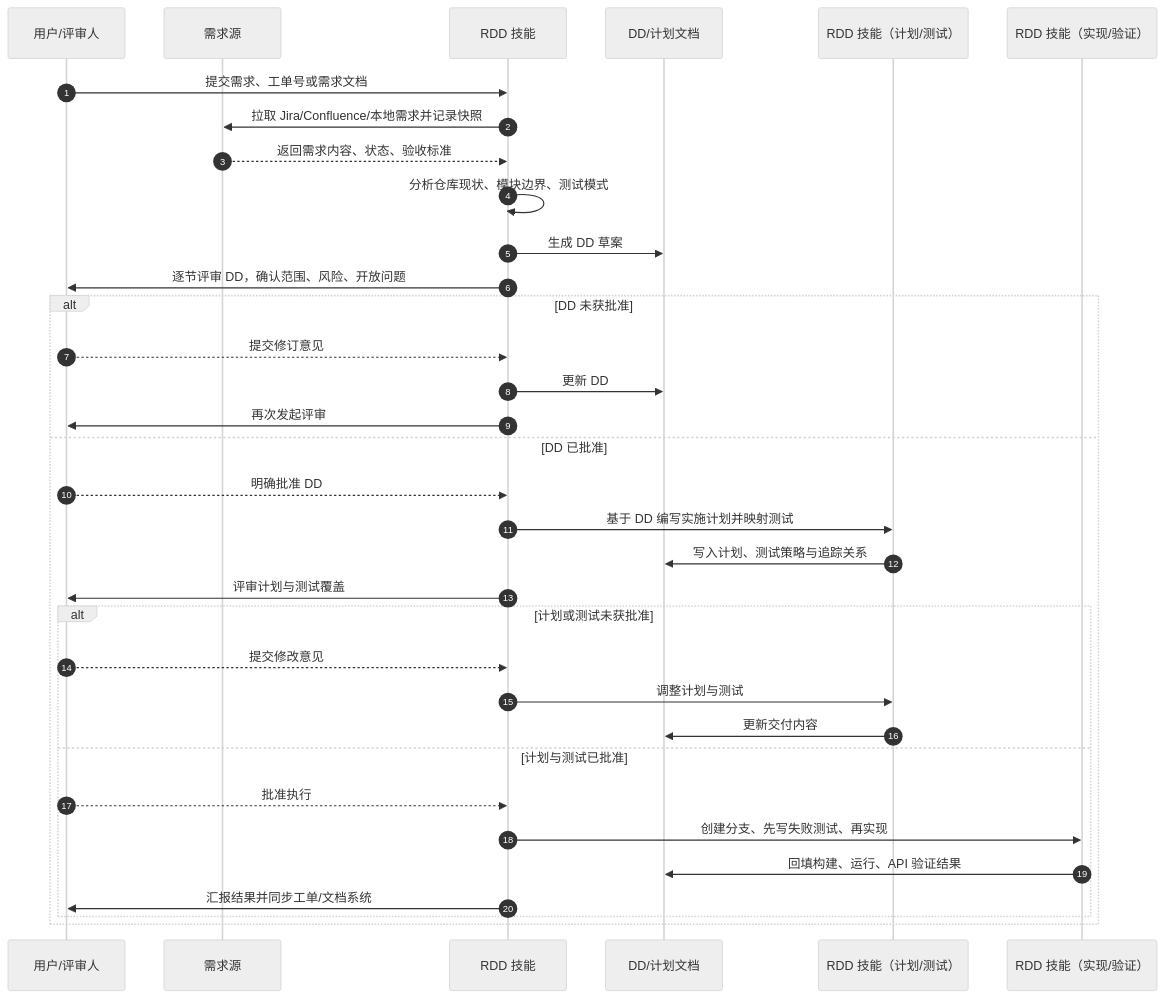
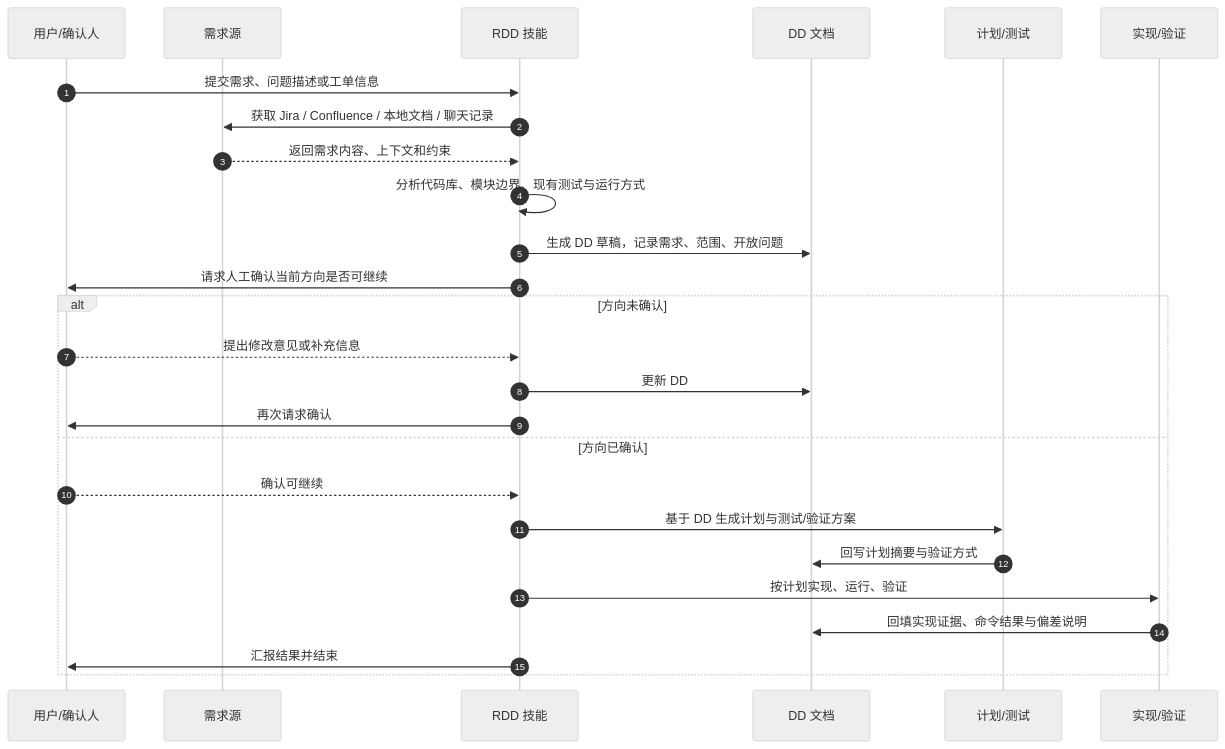
The diagram in skills/requirements-driven-development/README.md (JoeHe0x/superpowers), drawn with Mermaid (neutral theme) before and after one commit. The commit also changed other lines of this file and 6 other files, not shown here.

````diff
--- a/skills/requirements-driven-development/README.md
+++ b/skills/requirements-driven-development/README.md
@@ -166,39 +172,30 @@
 ```mermaid
 sequenceDiagram
     autonumber
-    participant U as 用户/评审人
+    participant U as 用户/确认人
     participant S as 需求源
     participant A as RDD 技能
-    participant D as DD/计划文档
-    participant T as RDD 技能（计划/测试）
-    participant I as RDD 技能（实现/验证）
+    participant D as DD 文档
+    participant P as 计划/测试
+    participant I as 实现/验证
 
-    U->>A: 提交需求、工单号或需求文档
-    A->>S: 拉取 Jira/Confluence/本地需求并记录快照
-    S-->>A: 返回需求内容、状态、验收标准
-    A->>A: 分析仓库现状、模块边界、测试模式
-    A->>D: 生成 DD 草案
-    A->>U: 逐节评审 DD，确认范围、风险、开放问题
+    U->>A: 提交需求、问题描述或工单信息
+    A->>S: 获取 Jira / Confluence / 本地文档 / 聊天记录
+    S-->>A: 返回需求内容、上下文和约束
+    A->>A: 分析代码库、模块边界、现有测试与运行方式
+    A->>D: 生成 DD 草稿，记录需求、范围、开放问题
+    A->>U: 请求人工确认当前方向是否可继续
 
-    alt DD 未获批准
-        U-->>A: 提交修订意见
+    alt 方向未确认
+        U-->>A: 提出修改意见或补充信息
         A->>D: 更新 DD
-        A->>U: 再次发起评审
-    else DD 已批准
-        U-->>A: 明确批准 DD
-        A->>T: 基于 DD 编写实施计划并映射测试
-        T->>D: 写入计划、测试策略与追踪关系
-        A->>U: 评审计划与测试覆盖
-
-        alt 计划或测试未获批准
-            U-->>A: 提交修改意见
-            A->>T: 调整计划与测试
-            T->>D: 更新交付内容
-        else 计划与测试已批准
-            U-->>A: 批准执行
-            A->>I: 创建分支、先写失败测试、再实现
-            I->>D: 回填构建、运行、API 验证结果
-            A->>U: 汇报结果并同步工单/文档系统
-        end
+        A->>U: 再次请求确认
+    else 方向已确认
+        U-->>A: 确认可继续
+        A->>P: 基于 DD 生成计划与测试/验证方案
+        P->>D: 回写计划摘要与验证方式
+        A->>I: 按计划实现、运行、验证
+        I->>D: 回填实现证据、命令结果与偏差说明
+        A->>U: 汇报结果并结束
     end
 ```
````
